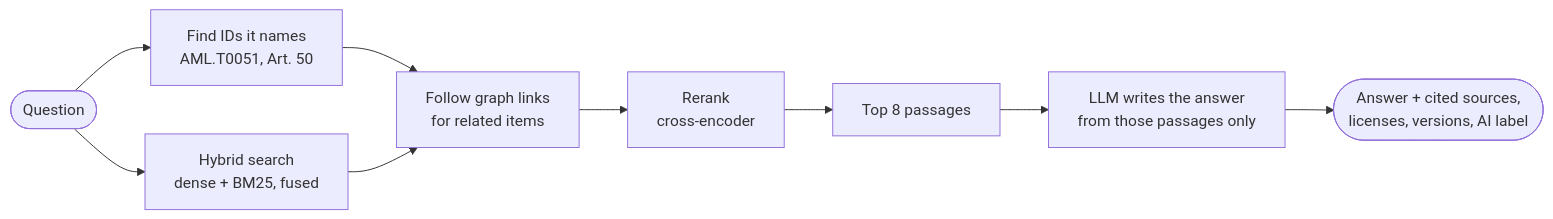
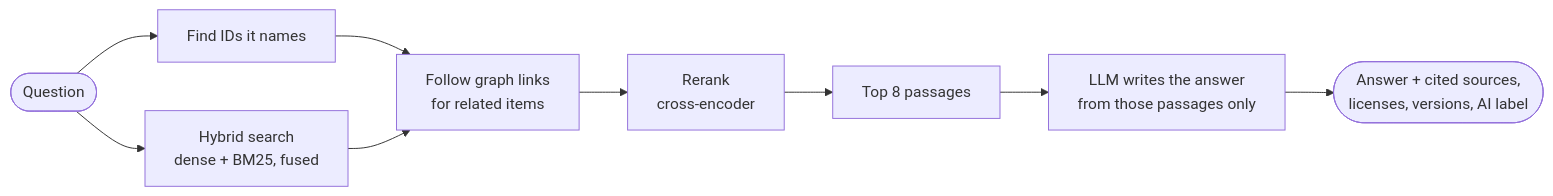
Before and after one commit to chrysogonus/rag-stack: the second of 2 diagrams in README.md, drawn with Mermaid. The commit also changed other lines of this file and 16 other files, not shown here.

````diff
--- a/README.md
+++ b/README.md
@@ -63,10 +111,10 @@
 ```mermaid
 flowchart LR
-    Q(["Question"]) --> I["Find IDs it names<br/>AML.T0051, Art. 50"]
+    Q(["Question"]) --> I["Find IDs it names"]
     Q --> S["Hybrid search<br/>dense + BM25, fused"]
     I & S --> G["Follow graph links<br/>for related items"]
     G --> R["Rerank<br/>cross-encoder"]
     R --> T["Top 8 passages"]
     T --> L["LLM writes the answer<br/>from those passages only"]
     L --> F(["Answer + cited sources,<br/>licenses, versions, AI label"])
 ```
````
